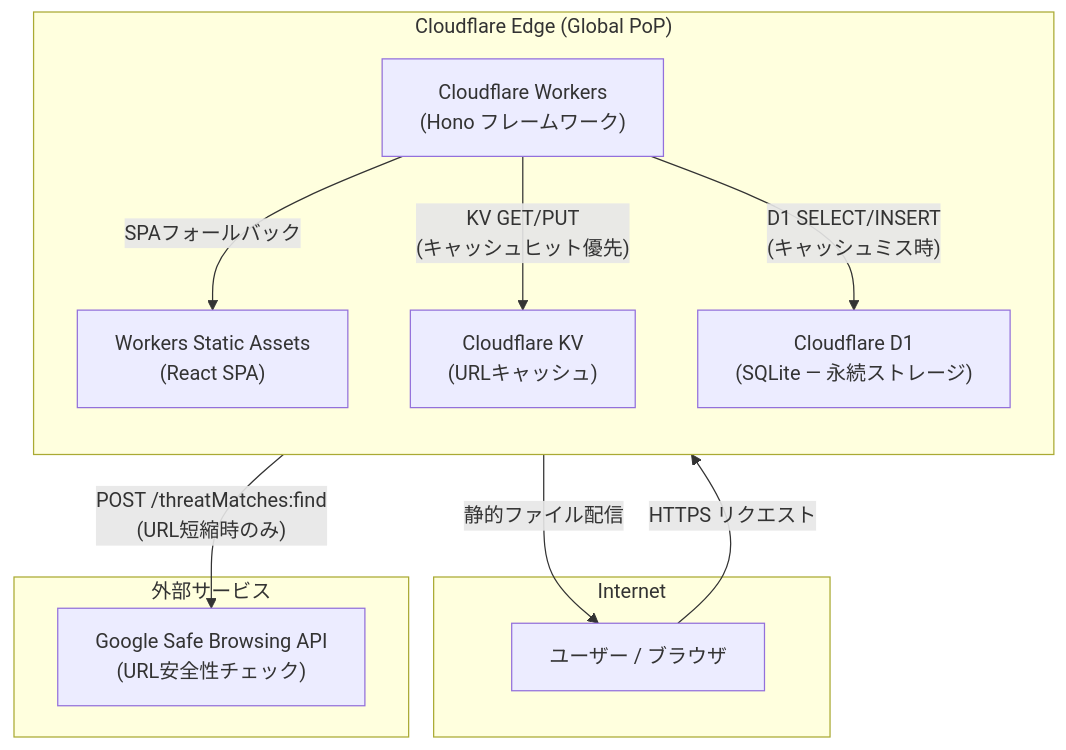
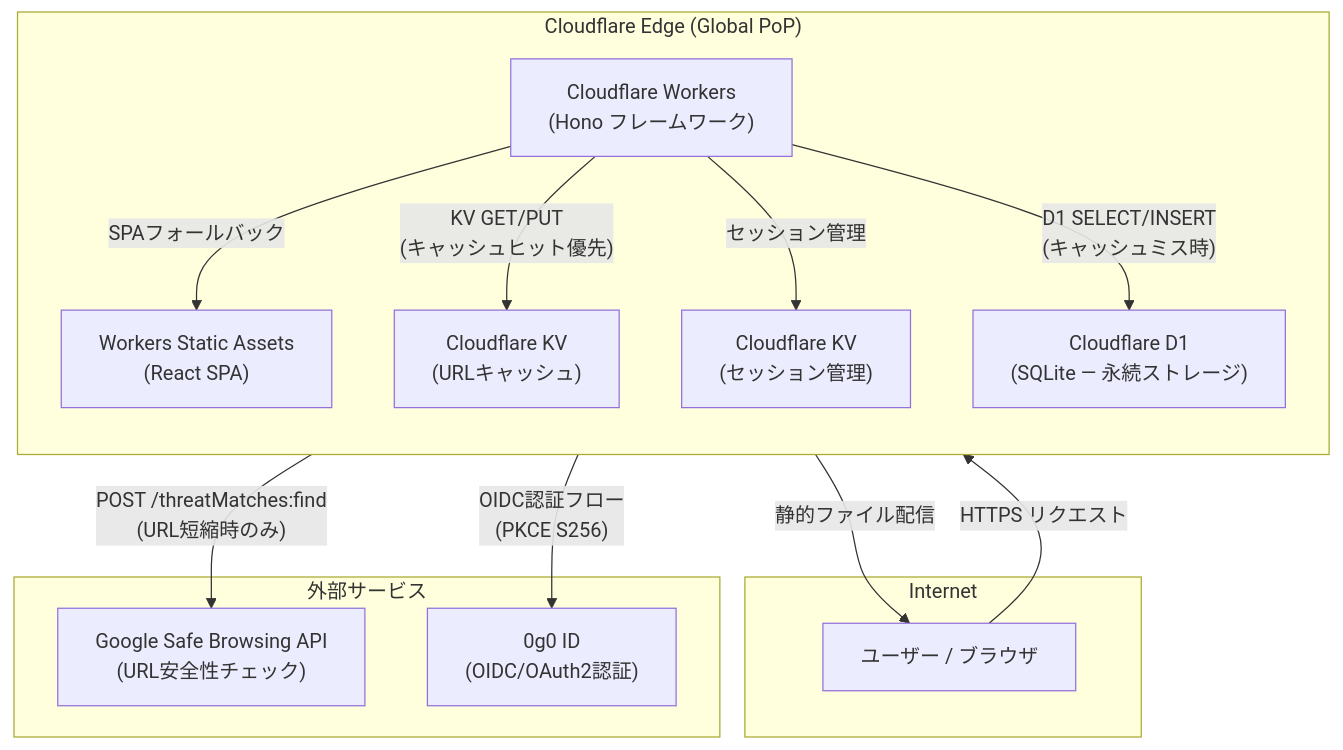
One commit to g-kari/tanshuku-url changed the first of 7 diagrams in README.md. Above: the diagram before and after it, drawn with Mermaid. The commit also changed other lines of this file and 20 other files, not shown here.

First line of the commit message:
機能追加: 0g0 ID OIDC/OAuth2認証 (PKCE)

````diff
--- a/README.md
+++ b/README.md
@@ -9,25 +10,29 @@
 ```mermaid
 graph TB
     subgraph Internet
         User[ユーザー / ブラウザ]
     end
 
     subgraph Cloudflare["Cloudflare Edge (Global PoP)"]
         direction TB
         Worker["Cloudflare Workers\n(Hono フレームワーク)"]
         Assets["Workers Static Assets\n(React SPA)"]
-        KV["Cloudflare KV\n(URLキャッシュ)"]
+        KV_URL["Cloudflare KV\n(URLキャッシュ)"]
+        KV_SESSION["Cloudflare KV\n(セッション管理)"]
         D1["Cloudflare D1\n(SQLite — 永続ストレージ)"]
     end
 
     subgraph External["外部サービス"]
         SafeBrowsing["Google Safe Browsing API\n(URL安全性チェック)"]
+        OgOID["0g0 ID\n(OIDC/OAuth2認証)"]
     end
 
     User -->|"HTTPS リクエスト"| Worker
     Worker -->|"SPAフォールバック"| Assets
     Assets -->|"静的ファイル配信"| User
-    Worker -->|"KV GET/PUT\n(キャッシュヒット優先)"| KV
+    Worker -->|"KV GET/PUT\n(キャッシュヒット優先)"| KV_URL
+    Worker -->|"セッション管理"| KV_SESSION
     Worker -->|"D1 SELECT/INSERT\n(キャッシュミス時)"| D1
     Worker -->|"POST /threatMatches:find\n(URL短縮時のみ)"| SafeBrowsing
+    Worker -->|"OIDC認証フロー\n(PKCE S256)"| OgOID
 ```
````
